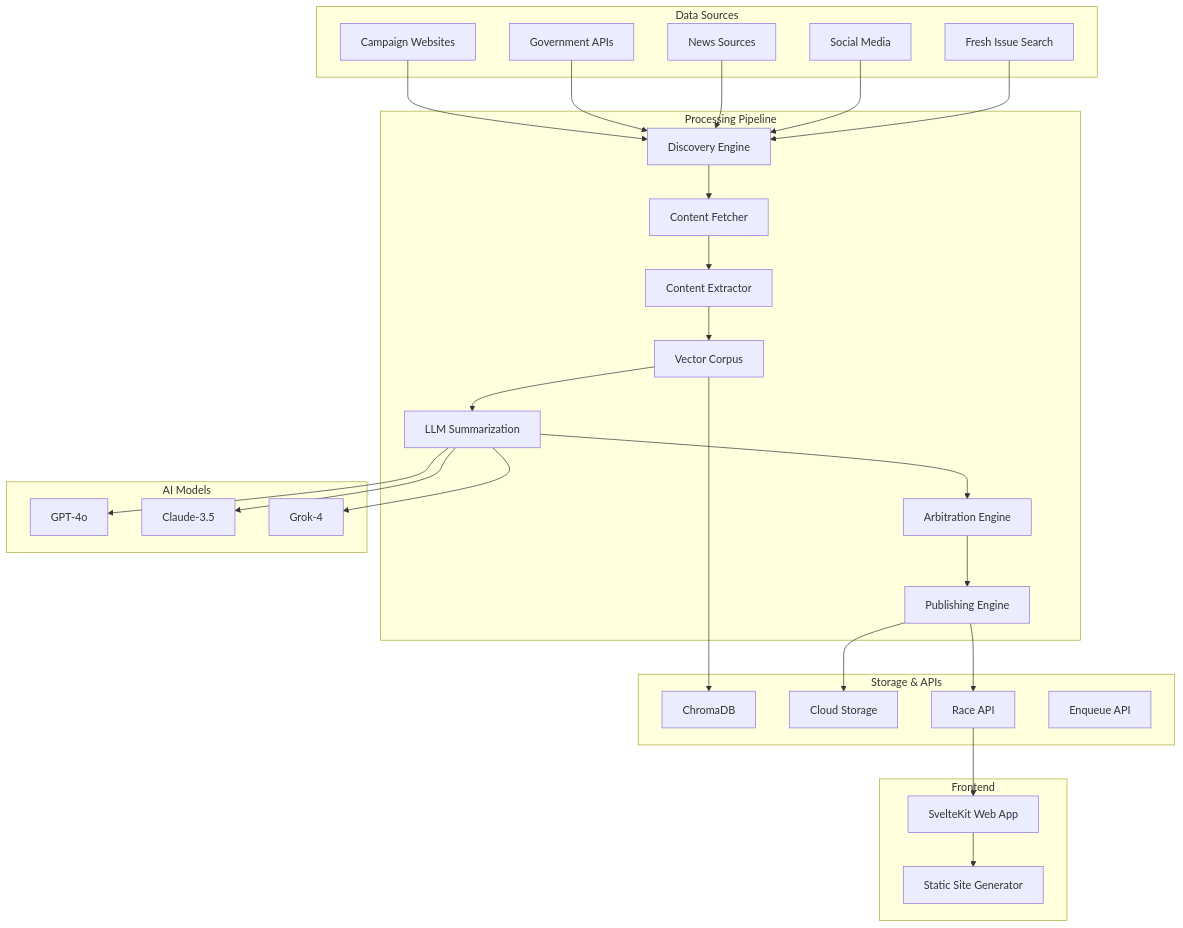
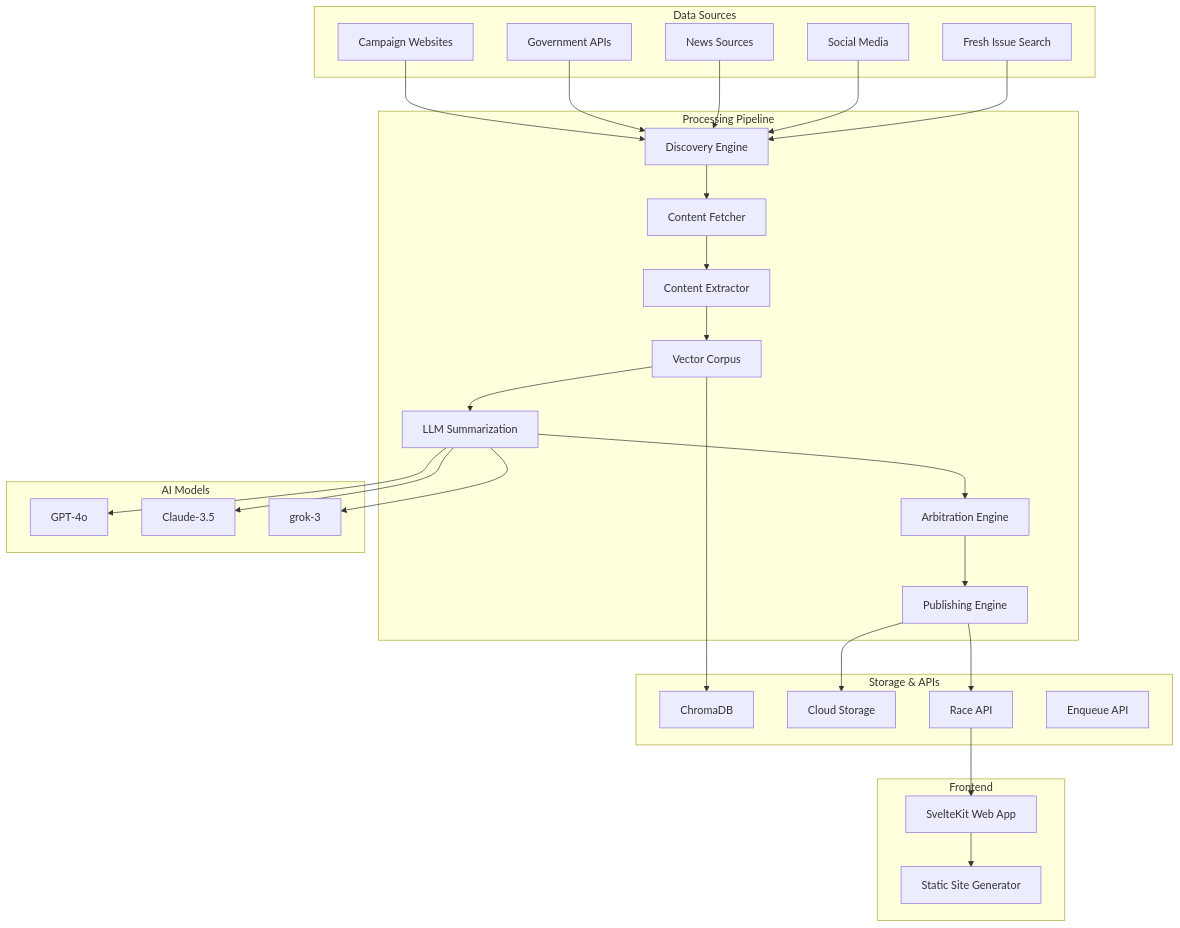
The diagram in docs/architecture.md (loukotaj/SmarterVote), drawn with Mermaid before and after one commit. The commit also changed other lines of this file and 26 other files, not shown here.

````diff
--- a/docs/architecture.md
+++ b/docs/architecture.md
@@ -23,54 +23,54 @@
 ```mermaid
 graph TB
     subgraph "Data Sources"
         A[Campaign Websites]
         B[Government APIs]
         C[News Sources]
         D[Social Media]
         E[Fresh Issue Search]
     end
 
     subgraph "Processing Pipeline"
         F[Discovery Engine] --> G[Content Fetcher]
         G --> H[Content Extractor]
         H --> I[Vector Corpus]
         I --> J[LLM Summarization]
         J --> K[Arbitration Engine]
         K --> L[Publishing Engine]
     end
 
     subgraph "AI Models"
         M[GPT-4o]
         N[Claude-3.5]
-        O[Grok-4]
+        O[grok-3]
     end
 
     subgraph "Storage & APIs"
         P[ChromaDB]
         Q[Cloud Storage]
         R[Race API]
         S[Enqueue API]
     end
 
     subgraph "Frontend"
         T[SvelteKit Web App]
         U[Static Site Generator]
     end
 
     A --> F
     B --> F
     C --> F
     D --> F
     E --> F
 
     J --> M
     J --> N
     J --> O
 
     I --> P
     L --> Q
     L --> R
 
     R --> T
     T --> U
 ```
````
